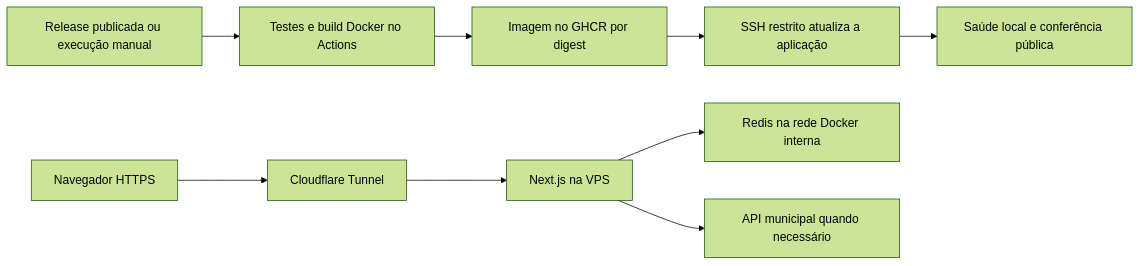
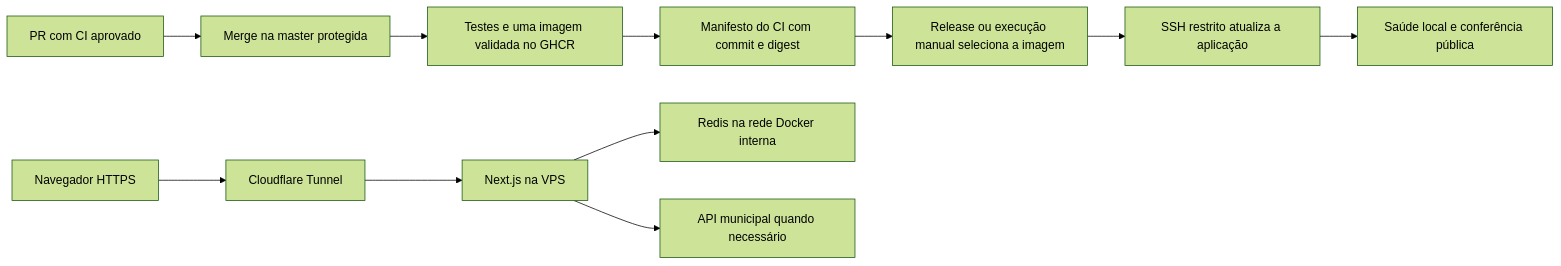
The diagram in docs/producao.md (santidev95/observatorio-rondonia), drawn with Mermaid (forest theme) before and after one commit. The commit also changed other lines of this file and 18 other files, not shown here.

````diff
--- a/docs/producao.md
+++ b/docs/producao.md
@@ -7,11 +7,13 @@
 ```mermaid
 flowchart LR
-  A[Release publicada ou execução manual] --> B[Testes e build Docker no Actions]
-  B --> C[Imagem no GHCR por digest]
-  C --> D[SSH restrito atualiza a aplicação]
+  A[PR com CI aprovado] --> B[Merge na master protegida]
+  B --> C[Testes e uma imagem validada no GHCR]
+  C --> M[Manifesto do CI com commit e digest]
+  M --> R[Release ou execução manual seleciona a imagem]
+  R --> D[SSH restrito atualiza a aplicação]
   D --> E[Saúde local e conferência pública]
   F[Navegador HTTPS] --> G[Cloudflare Tunnel]
   G --> H[Next.js na VPS]
   H --> I[Redis na rede Docker interna]
   H --> J[API municipal quando necessário]
 ```
````
